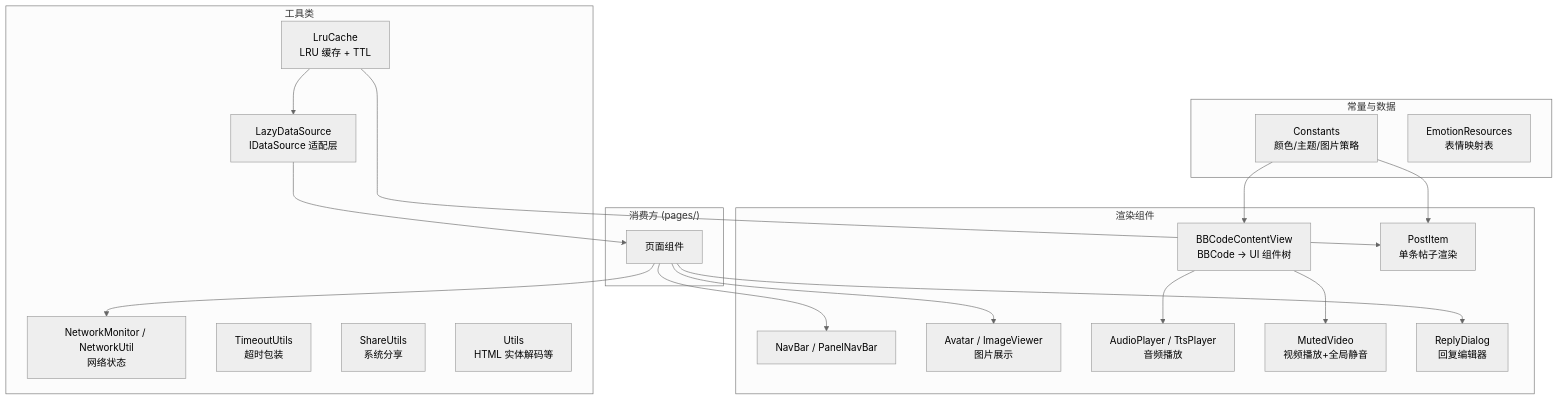
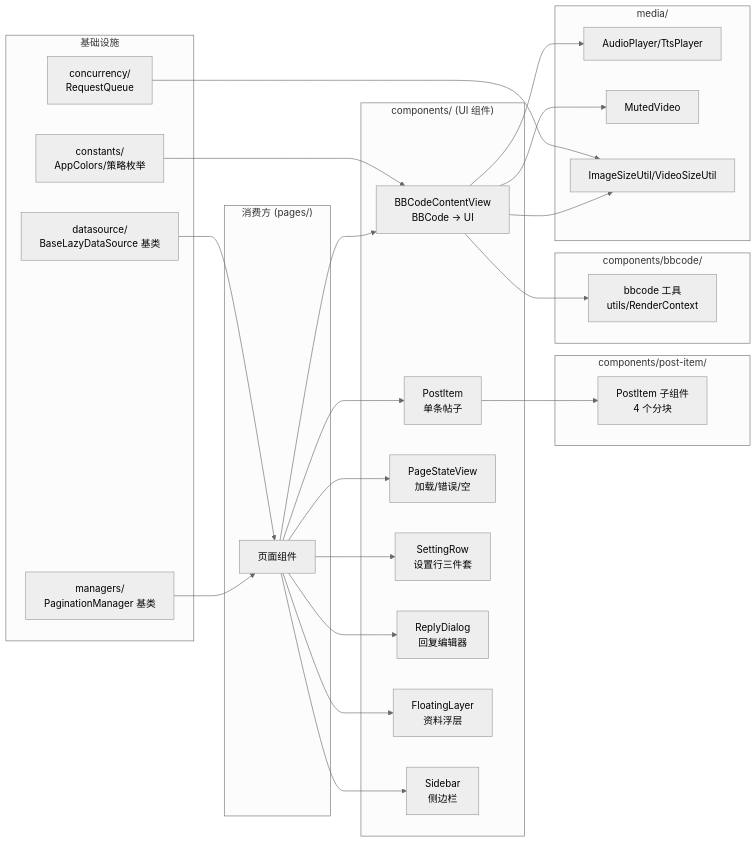
One commit to wgzysq-rgb/nga_harmony changed the first of 2 diagrams in .wiki/公共组件模块/公共组件概述.md. Above: the diagram before and after it, drawn with Mermaid (neutral theme). The commit also changed other lines of this file and 12 other files, not shown here.

````diff
--- a/.wiki/公共组件模块/公共组件概述.md
+++ b/.wiki/公共组件模块/公共组件概述.md
@@ -7,42 +25,54 @@
 ```mermaid
-graph TB
-    subgraph "渲染组件"
-        BCO["BBCodeContentView<br/>BBCode → UI 组件树"]
-        PI["PostItem<br/>单条帖子渲染"]
-        NVB["NavBar / PanelNavBar"]
-        AVR["Avatar / ImageViewer<br/>图片展示"]
-        AUD["AudioPlayer / TtsPlayer<br/>音频播放"]
-        MVID["MutedVideo<br/>视频播放+全局静音"]
+graph LR
+    subgraph "components/ (UI 组件)"
+        BCO["BBCodeContentView<br/>BBCode → UI"]
+        PI["PostItem<br/>单条帖子"]
+        PSV["PageStateView<br/>加载/错误/空"]
+        SR["SettingRow<br/>设置行三件套"]
         REP["ReplyDialog<br/>回复编辑器"]
+        FLC["FloatingLayer<br/>资料浮层"]
+        SBC["Sidebar<br/>侧边栏"]
     end
 
-    subgraph "工具类"
-        LSU["LazyDataSource<br/>IDataSource 适配层"]
-        LRC["LruCache<br/>LRU 缓存 + TTL"]
-        NW["NetworkMonitor / NetworkUtil<br/>网络状态"]
-        TIM["TimeoutUtils<br/>超时包装"]
-        SH["ShareUtils<br/>系统分享"]
-        UT["Utils<br/>HTML 实体解码等"]
+    subgraph "components/post-item/"
+        PIS["PostItem 子组件<br/>4 个分块"]
     end
 
-    subgraph "常量与数据"
-        CST["Constants<br/>颜色/主题/图片策略"]
-        EMO["EmotionResources<br/>表情映射表"]
+    subgraph "components/bbcode/"
+        BBU["bbcode 工具<br/>utils/RenderContext"]
+    end
+
+    subgraph "基础设施"
+        DS["datasource/<br/>BaseLazyDataSource 基类"]
+        CQ["concurrency/<br/>RequestQueue"]
+        PM["managers/<br/>PaginationManager 基类"]
+        CST["constants/<br/>AppColors/策略枚举"]
+    end
+
+    subgraph "media/"
+        AUD["AudioPlayer/TtsPlayer"]
+        MVID["MutedVideo"]
+        SZU["ImageSizeUtil/VideoSizeUtil"]
     end
 
     subgraph "消费方 (pages/)"
         PAGES["页面组件"]
     end
 
     CST --> BCO
-    CST --> PI
+    PI --> PIS
+    BCO --> BBU
+    DS --> PAGES
+    CQ --> SZU
+    PM --> PAGES
     PAGES --> REP
-    PAGES --> NVB
-    PAGES --> AVR
-    PAGES --> NW
+    PAGES --> PSV
+    PAGES --> SR
+    PAGES --> FLC
+    PAGES --> SBC
+    PAGES --> BCO
+    PAGES --> PI
     BCO --> AUD
     BCO --> MVID
-    LSU --> PAGES
-    LRC --> LSU
-    LRC --> PI
+    BCO --> SZU
 ```
````
